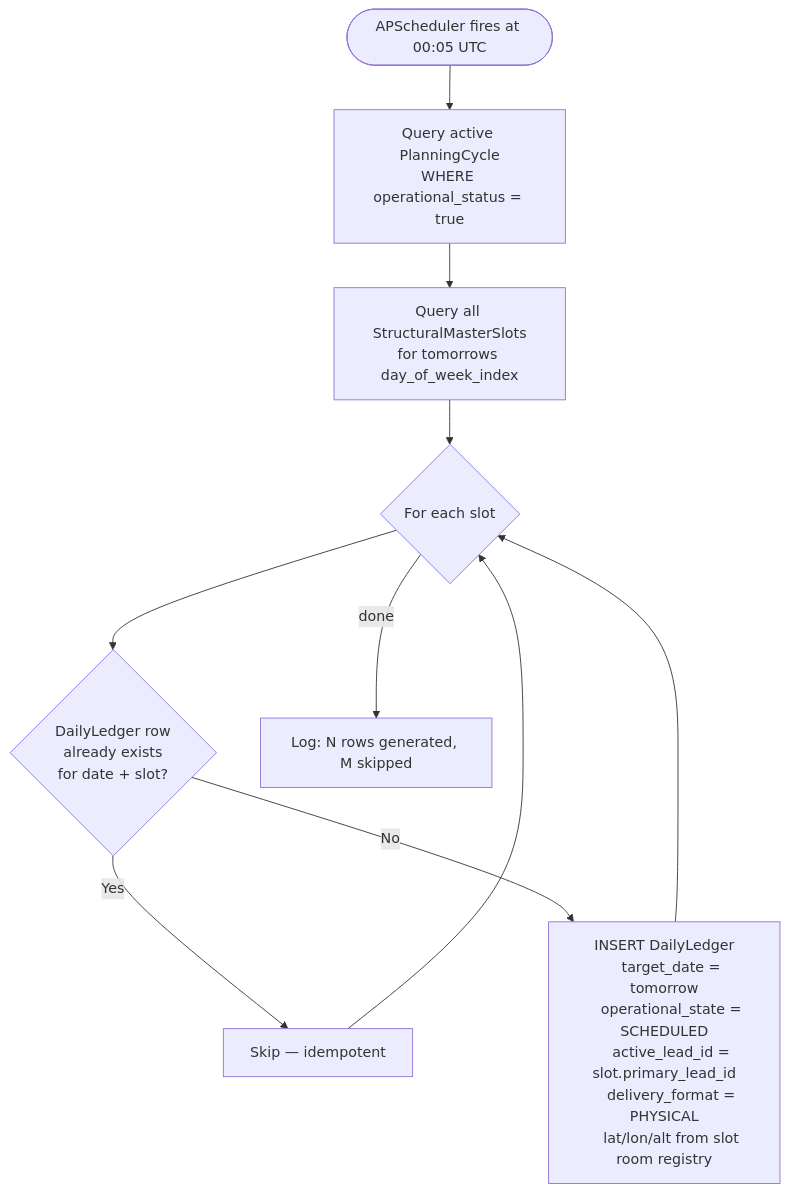
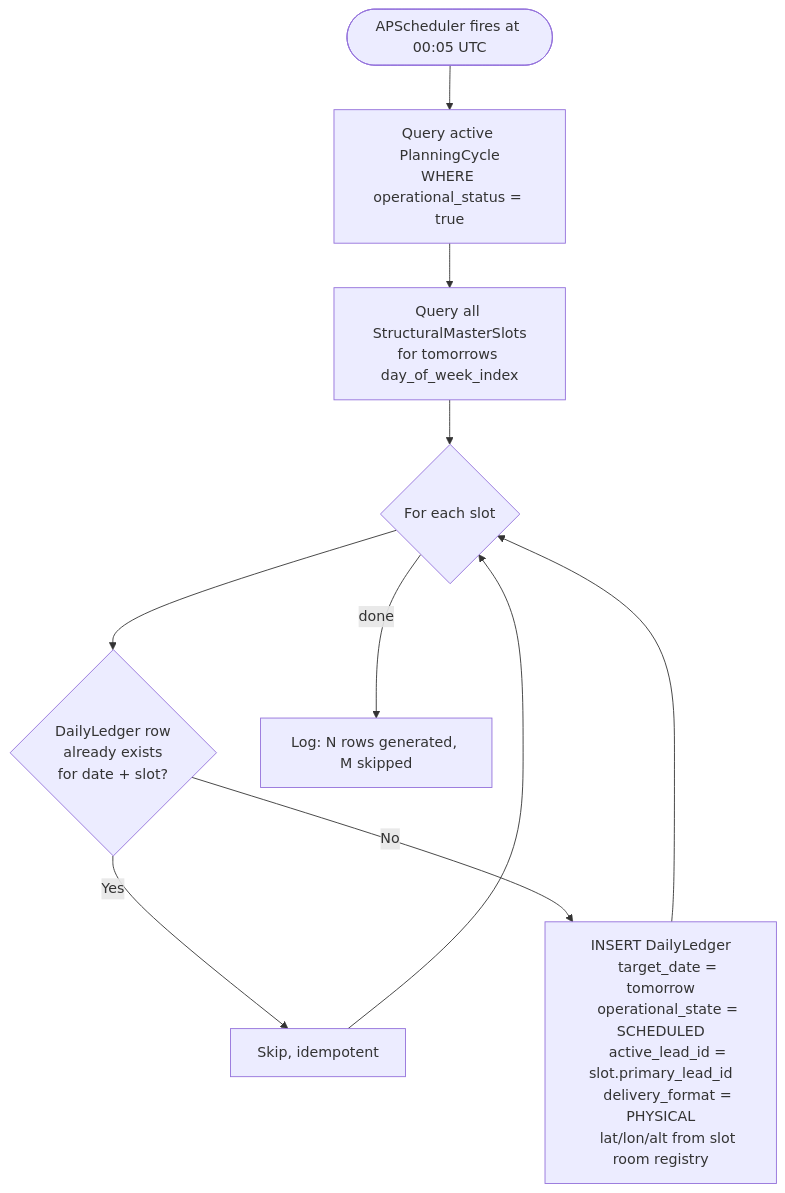
One commit to Life-Experimentalist/Chronos-Ledger changed the fourth of 4 diagrams in docs/flows.md. Above: the diagram before and after it, drawn with Mermaid. The commit also changed other lines of this file and 51 other files, not shown here.

````diff
--- a/docs/flows.md
+++ b/docs/flows.md
@@ -139,23 +139,23 @@
 ```mermaid
 flowchart TD
     T([APScheduler fires at 00:05 UTC]) --> Q1
 
     Q1[Query active PlanningCycle<br/>WHERE operational_status = true] --> Q2
     Q2[Query all StructuralMasterSlots<br/>for tomorrows day_of_week_index] --> LOOP
 
     LOOP{For each slot} --> CHK
 
     CHK{DailyLedger row<br/>already exists<br/>for date + slot?}
-    CHK -->|Yes| SKIP[Skip — idempotent]
+    CHK -->|Yes| SKIP[Skip, idempotent]
     CHK -->|No| INS
 
     INS[INSERT DailyLedger
     target_date = tomorrow
     operational_state = SCHEDULED
     active_lead_id = slot.primary_lead_id
     delivery_format = PHYSICAL
     lat/lon/alt from slot room registry] --> LOOP
 
     SKIP --> LOOP
     LOOP -->|done| LOG[Log: N rows generated, M skipped]
 ```
````
